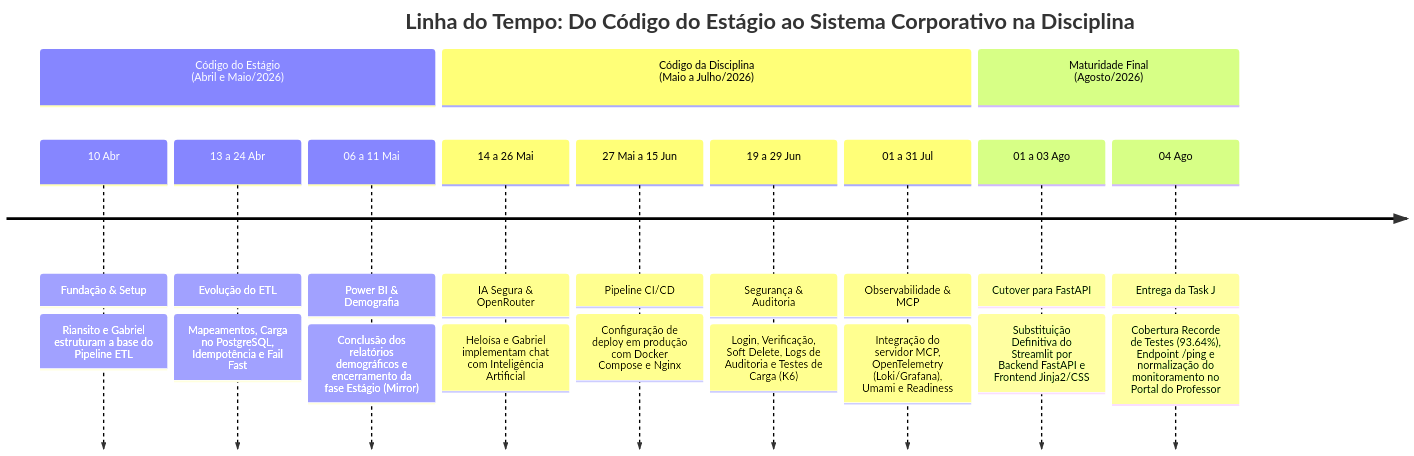
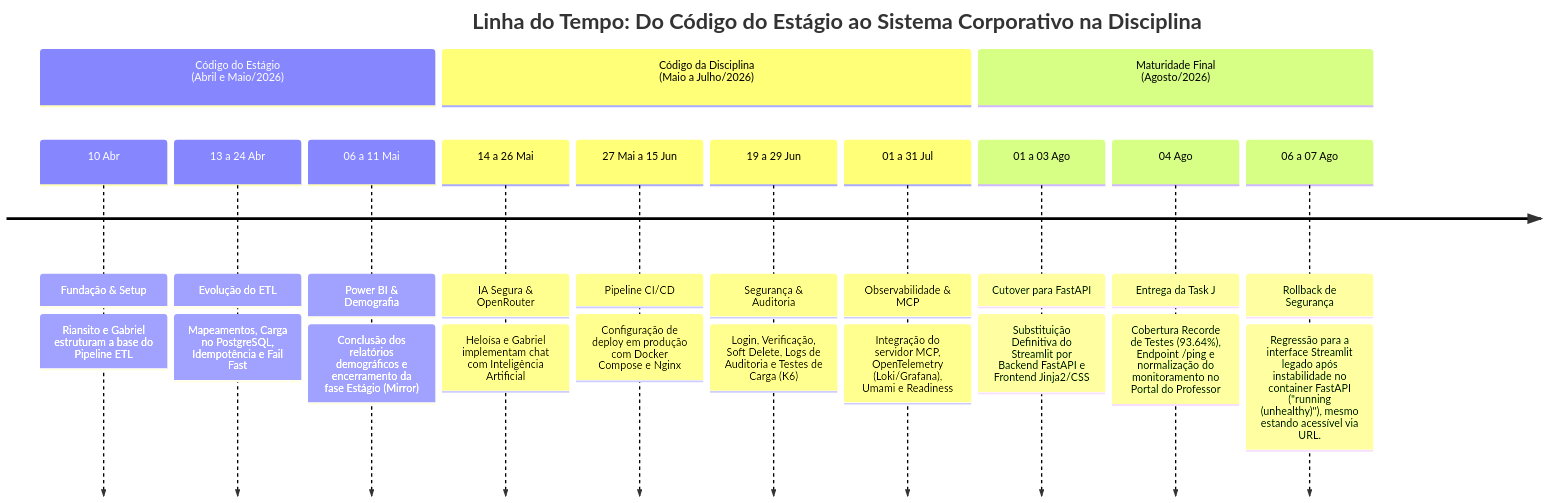
The diagram in registro.md (Des-Sist-Corp-UFPB/projeto-eq10), drawn with Mermaid before and after one commit. The commit also changed other lines of this file, not shown here.

Commit message:
docs: atualiza registro.md incluindo novos commits e detalhando rollback pro Streamlit legado

````diff
--- a/registro.md
+++ b/registro.md
@@ -297,16 +300,17 @@
 ```mermaid
 timeline
     title Linha do Tempo: Do Código do Estágio ao Sistema Corporativo na Disciplina
     section Código do Estágio<br>(Abril e Maio/2026)
         10 Abr : Fundação & Setup : Riansito e Gabriel estruturam a base do Pipeline ETL
         13 a 24 Abr : Evolução do ETL : Mapeamentos, Carga no PostgreSQL, Idempotência e Fail Fast
         06 a 11 Mai : Power BI & Demografia : Conclusão dos relatórios demográficos e encerramento da fase Estágio (Mirror)
     section Código da Disciplina<br>(Maio a Julho/2026)
         14 a 26 Mai : IA Segura & OpenRouter : Heloísa e Gabriel implementam chat com Inteligência Artificial
         27 Mai a 15 Jun : Pipeline CI/CD : Configuração de deploy em produção com Docker Compose e Nginx
         19 a 29 Jun : Segurança & Auditoria : Login, Verificação, Soft Delete, Logs de Auditoria e Testes de Carga (K6)
         01 a 31 Jul : Observabilidade & MCP : Integração do servidor MCP, OpenTelemetry (Loki/Grafana), Umami e Readiness
     section Maturidade Final<br>(Agosto/2026)
         01 a 03 Ago : Cutover para FastAPI : Substituição Definitiva do Streamlit por Backend FastAPI e Frontend Jinja2/CSS
         04 Ago : Entrega da Task J : Cobertura Recorde de Testes (93.64%), Endpoint /ping e normalização do monitoramento no Portal do Professor
+        06 a 07 Ago : Rollback de Segurança : Regressão para a interface Streamlit legado após instabilidade no container FastAPI ("running (unhealthy)"), mesmo estando acessível via URL.
 ```
````
